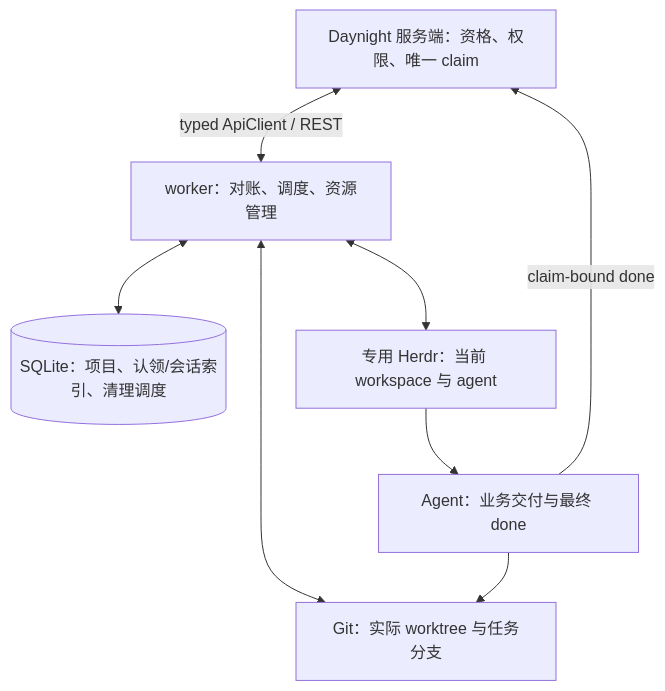
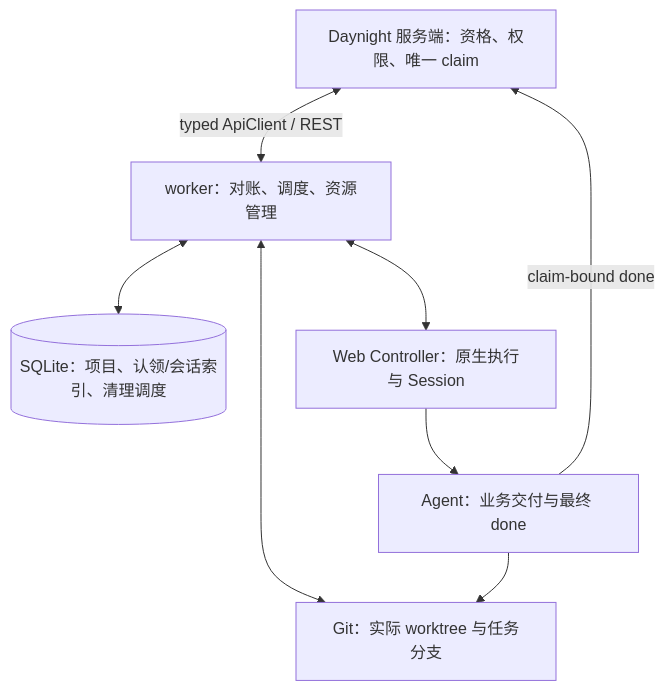
One commit to codetreker/daynight changed the diagram in docs/design/daynight-worker.md. Above: the diagram before and after it, drawn with Mermaid. The commit also changed other lines of this file and 420 other files, not shown here.

````diff
--- a/docs/design/daynight-worker.md
+++ b/docs/design/daynight-worker.md
@@ -7,16 +7,16 @@
 ```mermaid
 flowchart TB
   S[Daynight 服务端：资格、权限、唯一 claim]
   W[worker：对账、调度、资源管理]
   D[(SQLite：项目、认领/会话索引、清理调度)]
-  H[专用 Herdr：当前 workspace 与 agent]
+  H[Web Controller：原生执行与 Session]
   G[Git：实际 worktree 与任务分支]
   A[Agent：业务交付与最终 done]
   S <-->|typed ApiClient / REST| W
   W <--> D
   W <--> H
   W <--> G
   H --> A
   A --> G
   A -->|claim-bound done| S
 ```
````
